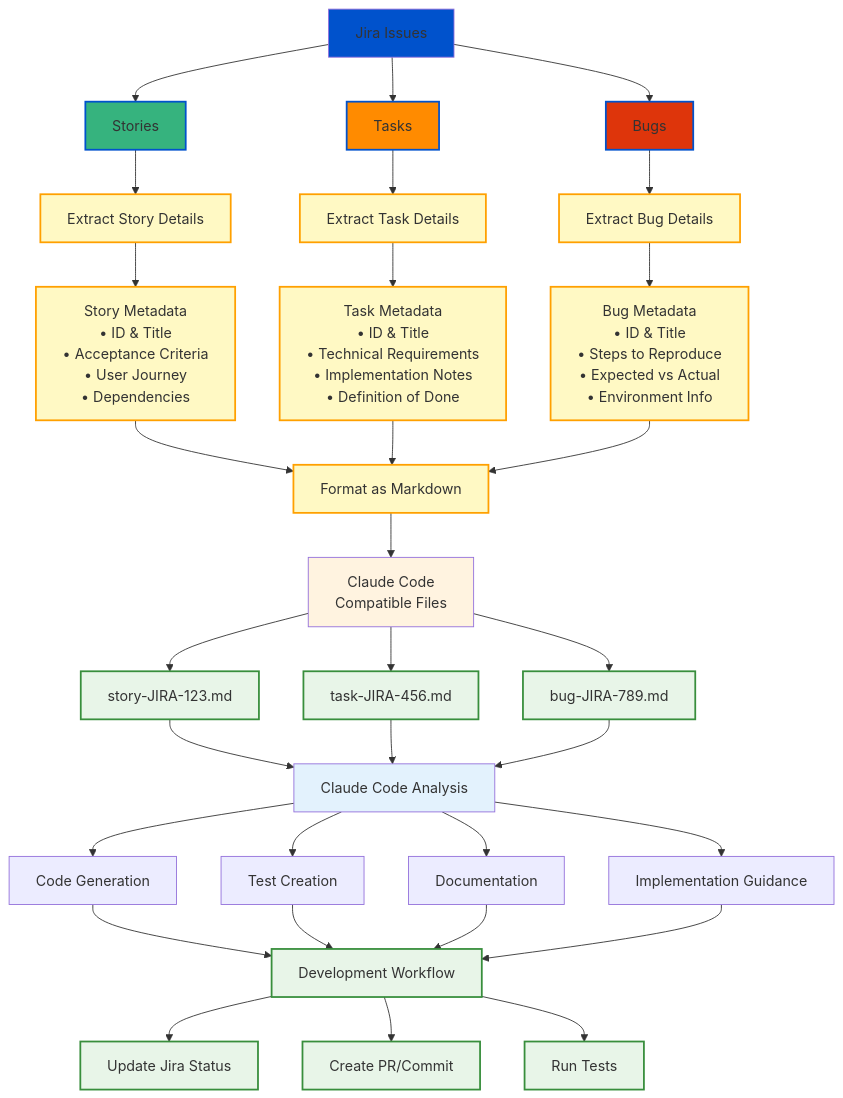
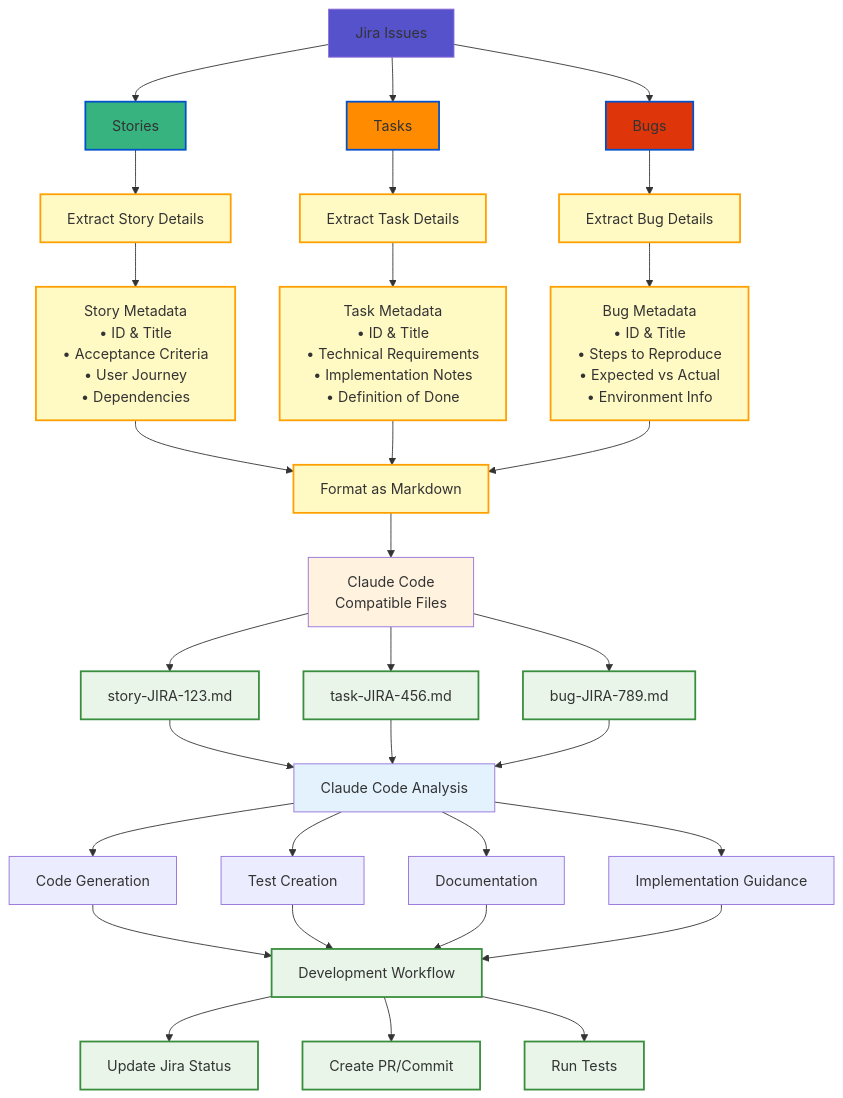
The diagram in diagrams/jira-to-claude.md (benthomasson/sig-ai), drawn with Mermaid before and after one commit.

````diff
--- a/diagrams/jira-to-claude.md
+++ b/diagrams/jira-to-claude.md
@@ -5,58 +5,58 @@
 ```mermaid
 flowchart TD
     A[Jira Issues] --> B[Stories]
     A --> C[Tasks]
     A --> D[Bugs]
     
     B --> E[Extract Story Details]
     C --> F[Extract Task Details]
     D --> G[Extract Bug Details]
     
     E --> H[Story Metadata<br/>• ID & Title<br/>• Acceptance Criteria<br/>• User Journey<br/>• Dependencies]
     F --> I[Task Metadata<br/>• ID & Title<br/>• Technical Requirements<br/>• Implementation Notes<br/>• Definition of Done]
     G --> J[Bug Metadata<br/>• ID & Title<br/>• Steps to Reproduce<br/>• Expected vs Actual<br/>• Environment Info]
     
     H --> K[Format as Markdown]
     I --> K
     J --> K
     
     K --> L[Claude Code<br/>Compatible Files]
     
     L --> M[story-JIRA-123.md]
     L --> N[task-JIRA-456.md]
     L --> O[bug-JIRA-789.md]
     
     M --> P[Claude Code Analysis]
     N --> P
     O --> P
     
     P --> Q[Code Generation]
     P --> R[Test Creation]
     P --> S[Documentation]
     P --> T[Implementation Guidance]
     
     Q --> U[Development Workflow]
     R --> U
     S --> U
     T --> U
     
     U --> V[Update Jira Status]
     U --> W[Create PR/Commit]
     U --> X[Run Tests]
     
-    style A fill:#0052cc
+    style A fill:#5552cc
     style B fill:#36b37e
     style C fill:#ff8b00
     style D fill:#de350b
     style L fill:#fff3e0
     style P fill:#e3f2fd
     style U fill:#e8f5e8
     
     classDef jiraIssue fill:#f0f8ff,stroke:#0052cc,stroke-width:2px
     classDef processing fill:#fff9c4,stroke:#ffa000,stroke-width:2px
     classDef output fill:#e8f5e8,stroke:#388e3c,stroke-width:2px
     
     class B,C,D jiraIssue
     class E,F,G,H,I,J,K processing
     class M,N,O,U,V,W,X output
 ```
````
